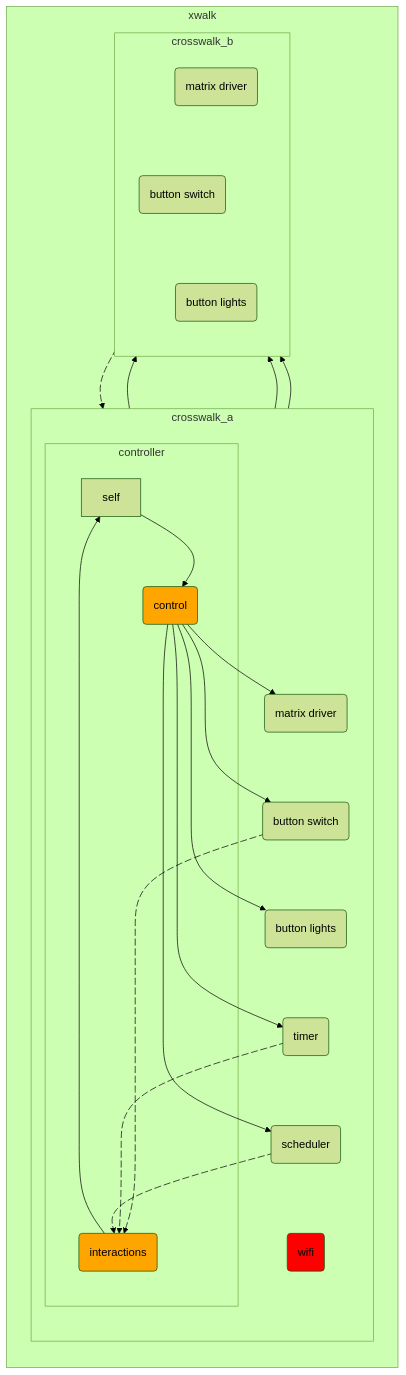
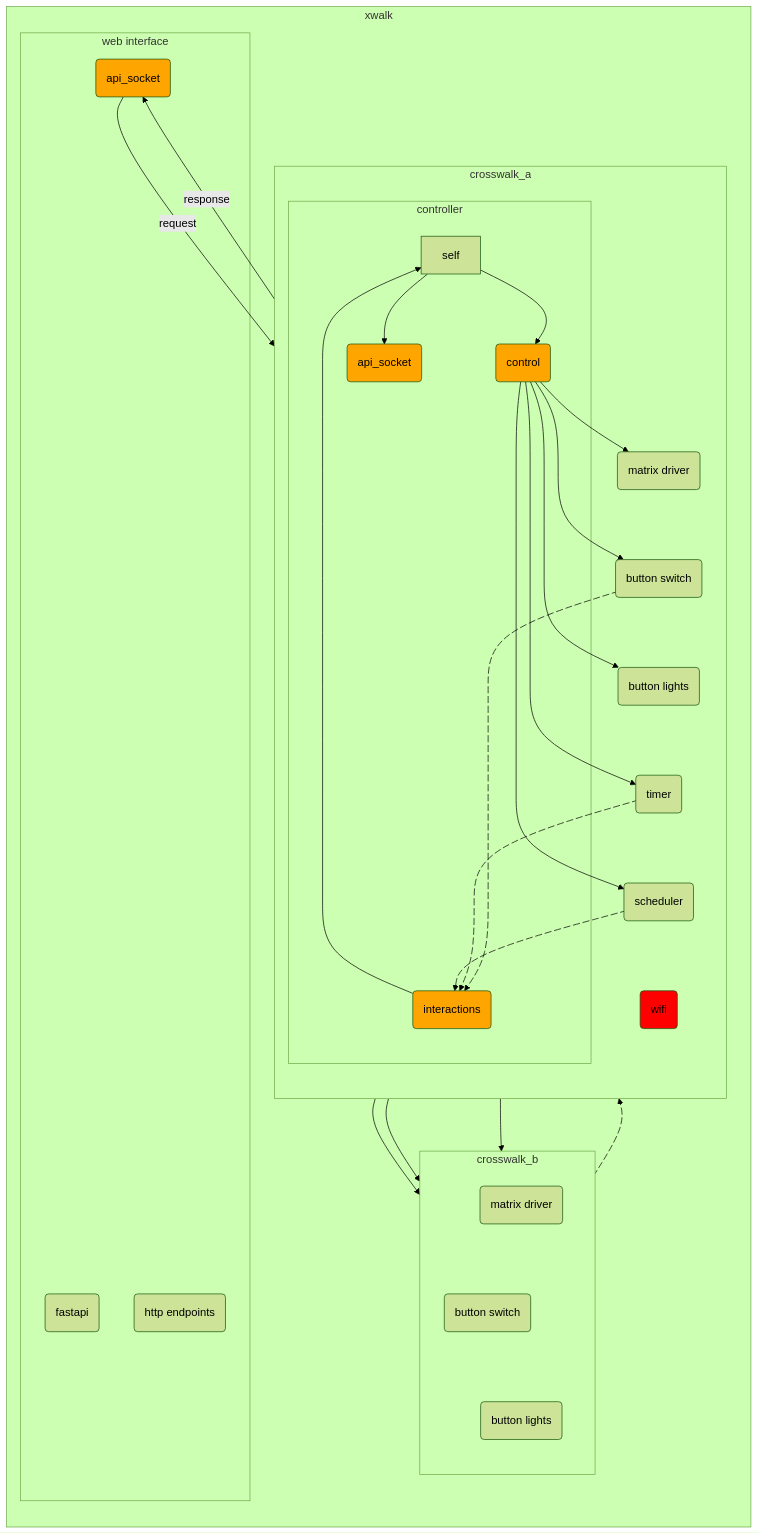
Before and after one commit to iwsmith/crosswalk_v2: the diagram in README.md, drawn with Mermaid (forest theme). The commit also changed other lines of this file and 8 other files, not shown here.

````diff
--- a/README.md
+++ b/README.md
@@ -115,6 +154,13 @@
             Controller[self]
             Control(control)
             Interactions(interactions)
+            API(api_socket)
+        end
+
+        subgraph Web_Interface[web interface]
+            FastAPI(fastapi)
+            HTTP_Endpoints(http endpoints)
+            API_web(api_socket)
         end
 
         Control ~~~ Crosswalk_a
@@ -122,6 +168,7 @@
         Crosswalk_a ~~~ Interactions
         Crosswalk_b ~~~ Interactions
         Control ~~~ Interactions
+        API ~~~ Web_Interface
     end
 
     Control e1@--> Matrix_Driver_a
@@ -138,6 +185,8 @@
     Scheduler_a e11@--> Interactions
     Button_Switch_b e12@--> Interactions
 
+    Controller --> API
+
     e9@{ animate: true }
     e10@{ animate: true }
     e11@{ animate: true }
@@ -145,9 +194,13 @@
 
     Interactions --> Controller
     Controller --> Control
+    API_web --request--> API
+    API --response--> API_web
 
     %% Styles
     style Wifi_AP_a fill:red
     style Control fill:orange
     style Interactions fill:orange
+    style API fill:orange
+    style API_web fill:orange
 ```
````
